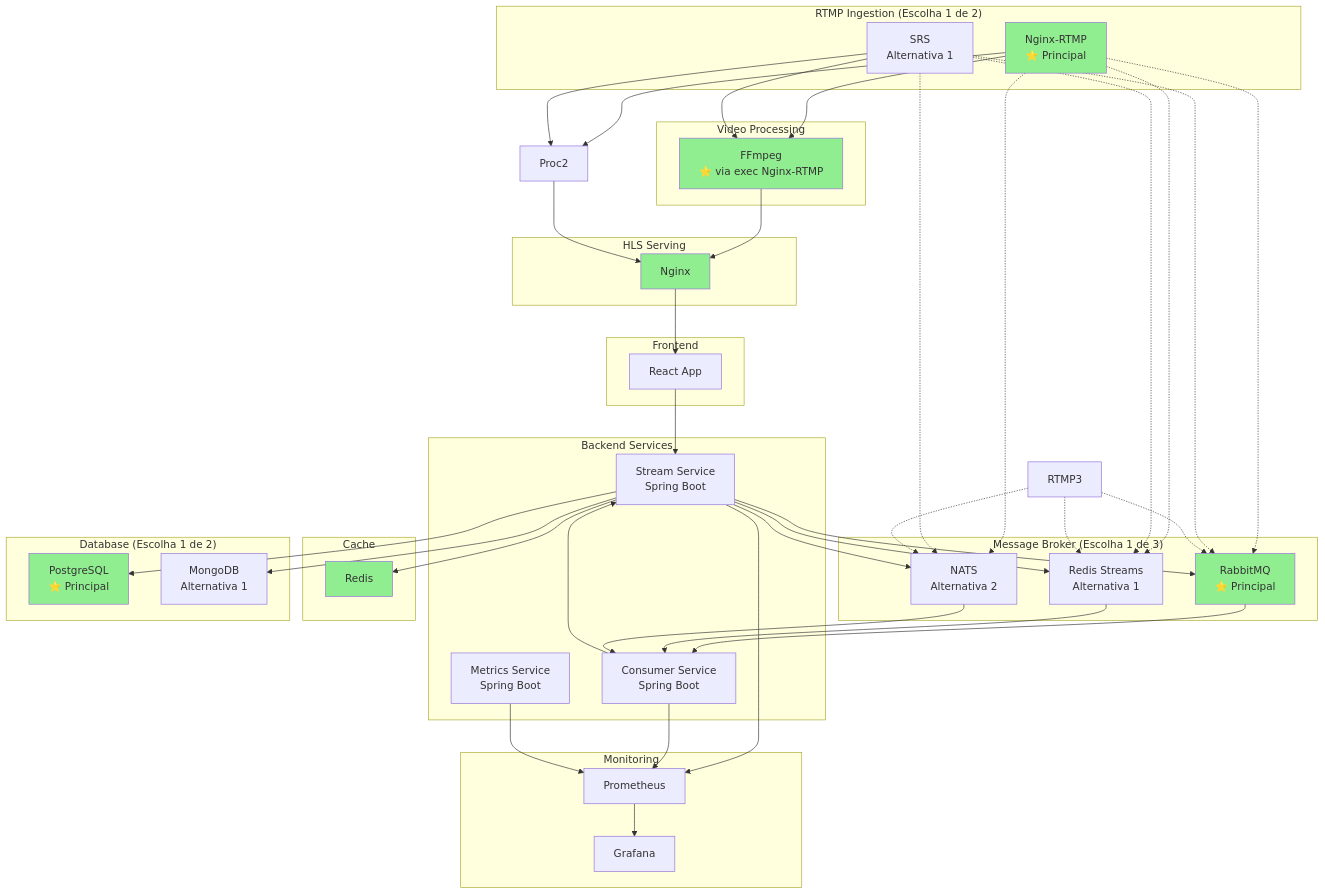
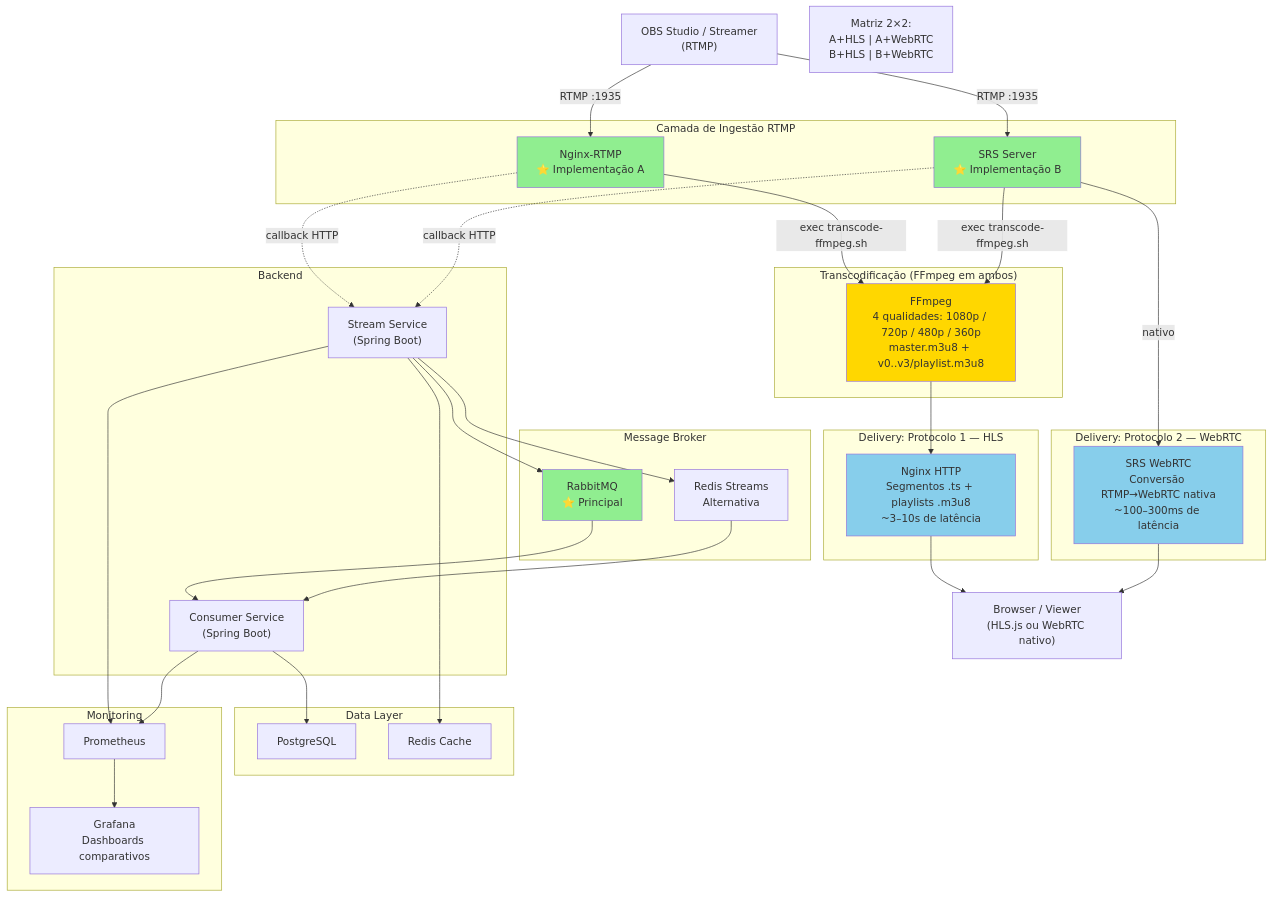
Before and after one commit to valter-junnior/tcc-streaming-platform: the diagram in docs/diagrams/02-arquitetura-alternativas.mermaid, drawn with Mermaid. The commit also changed 45 other files, not shown here.

First line of the commit message:
feat: Update architecture diagrams and documentation for RTMP ingestion and delivery protocols

```diff
--- a/docs/diagrams/02-arquitetura-alternativas.mermaid
+++ b/docs/diagrams/02-arquitetura-alternativas.mermaid
@@ -1,67 +1,69 @@
 flowchart TB
-    subgraph Frontend
-        React[React App<br/>]
+    OBS["OBS Studio / Streamer\n(RTMP)"]
+
+    subgraph Ingestion["Camada de Ingestão RTMP"]
+        NGX["Nginx-RTMP\n⭐ Implementação A"]
+        SRS["SRS Server\n⭐ Implementação B"]
     end
-    
-    subgraph "Backend Services"
-        StreamAPI[Stream Service<br/>Spring Boot]
-        Consumer[Consumer Service<br/>Spring Boot]
-        Metrics[Metrics Service<br/>Spring Boot]
+
+    subgraph Transcoding["Transcodificação (FFmpeg em ambos)"]
+        FFmpeg["FFmpeg\n4 qualidades: 1080p / 720p / 480p / 360p\nmaster.m3u8 + v0..v3/playlist.m3u8"]
     end
-    
-    subgraph "RTMP Ingestion (Escolha 1 de 2)"
-        RTMP1[Nginx-RTMP<br/>⭐ Principal]
-        RTMP2[SRS<br/>Alternativa 1]
+
+    subgraph HLSDelivery["Delivery: Protocolo 1 — HLS"]
+        HLS["Nginx HTTP\nSegmentos .ts + playlists .m3u8\n~3–10s de latência"]
     end
-    
-    subgraph "Video Processing"
-        Proc1[FFmpeg<br/>⭐ via exec Nginx-RTMP]
+
+    subgraph WebRTCDelivery["Delivery: Protocolo 2 — WebRTC"]
+        WRT["SRS WebRTC\nConversão RTMP→WebRTC nativa\n~100–300ms de latência"]
     end
-    
-    subgraph "HLS Serving"
-        HLS1[Nginx<br/>]
+
+    subgraph Broker["Message Broker"]
+        MB2["RabbitMQ\n⭐ Principal"]
+        MB3["Redis Streams\nAlternativa"]
     end
-    
-    subgraph "Message Broker (Escolha 1 de 3)"
-        MB2[RabbitMQ<br/>⭐ Principal]
-        MB3[Redis Streams<br/>Alternativa 1]
-        MB4[NATS<br/>Alternativa 2]
+
+    subgraph Backend["Backend"]
+        API["Stream Service\n(Spring Boot)"]
+        Consumer["Consumer Service\n(Spring Boot)"]
     end
-    
-    subgraph "Cache"
-        Cache1[Redis<br/>]
+
+    subgraph Data["Data Layer"]
+        DB["PostgreSQL"]
+        Cache["Redis Cache"]
     end
-    
-    subgraph "Database (Escolha 1 de 2)"
-        DB1[PostgreSQL<br/> ⭐ Principal]
-        DB3[MongoDB<br/>Alternativa 1]
+
+    subgraph Monitoring["Monitoring"]
+        Prom["Prometheus"]
+        Graf["Grafana\nDashboards comparativos"]
     end
-    
-    subgraph "Monitoring"
-        Prom[Prometheus]
-        Graf[Grafana]
-    end
-    
-    %% Connections
-    React --> StreamAPI
-    StreamAPI --> Cache1
-    StreamAPI --> DB1 & DB3
-    StreamAPI --> MB2 & MB3 & MB4
-    
-    RTMP1 & RTMP2 --> Proc1 & Proc2
-    Proc1 & Proc2 --> HLS1
-    HLS1 --> React
-    
-    RTMP1 & RTMP2 & RTMP3 -.-> MB2 & MB3 & MB4
-    MB2 & MB3 & MB4 --> Consumer
-    Consumer --> StreamAPI
-    
-    StreamAPI & Consumer & Metrics --> Prom
+
+    Browser["Browser / Viewer\n(HLS.js ou WebRTC nativo)"]
+
+    OBS -->|RTMP :1935| NGX
+    OBS -->|RTMP :1935| SRS
+    NGX -->|exec transcode-ffmpeg.sh| FFmpeg
+    SRS -->|exec transcode-ffmpeg.sh| FFmpeg
+    FFmpeg --> HLS
+    SRS -->|nativo| WRT
+    HLS --> Browser
+    WRT --> Browser
+
+    NGX & SRS -.->|callback HTTP| API
+    API --> MB2 & MB3
+    MB2 & MB3 --> Consumer
+    Consumer --> DB
+    API --> Cache
+
+    API & Consumer --> Prom
     Prom --> Graf
-    
-    style RTMP1 fill:#90EE90
-    style Proc1 fill:#90EE90
-    style HLS1 fill:#90EE90
+
+    %% Matriz 2x2
+    note1["Matriz 2×2:\nA+HLS | A+WebRTC\nB+HLS | B+WebRTC"]
+
+    style NGX fill:#90EE90
+    style SRS fill:#90EE90
+    style FFmpeg fill:#FFD700
+    style HLS fill:#87CEEB
+    style WRT fill:#87CEEB
     style MB2 fill:#90EE90
-    style Cache1 fill:#90EE90
-    style DB1 fill:#90EE90
```
